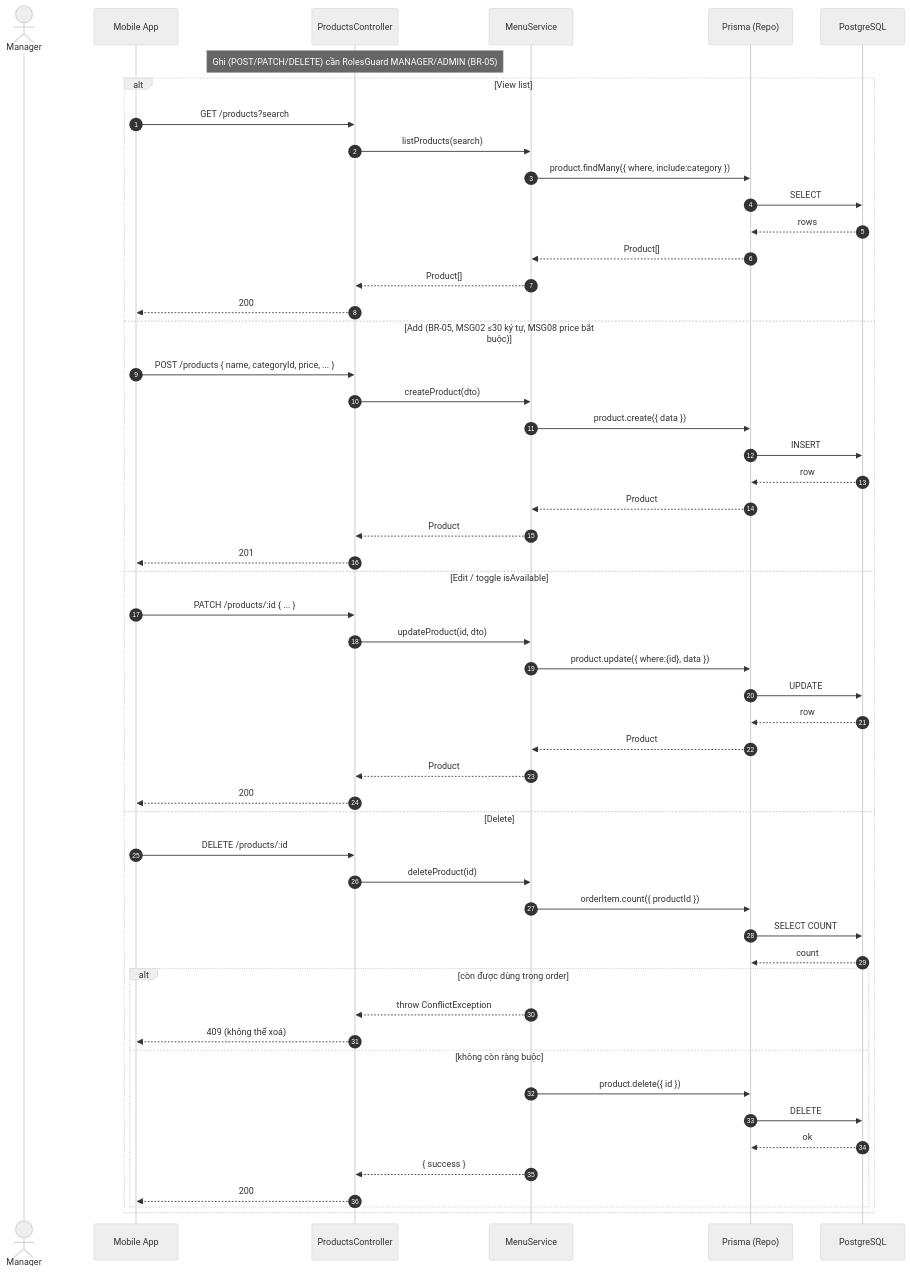
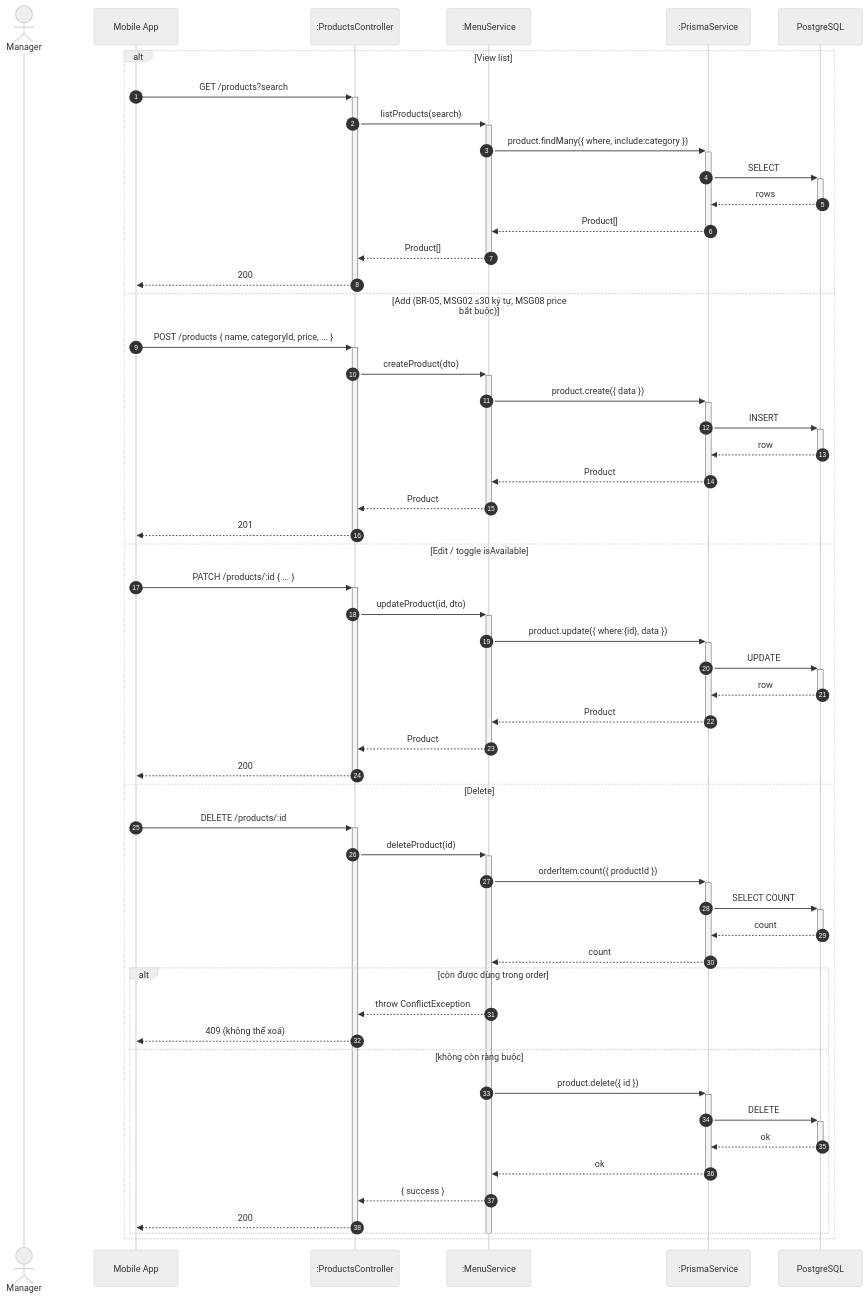
The ninth of 16 diagrams in docs/sequence-diagrams.md (callmehai/Cafe-Shop-Management-System), drawn with Mermaid (neutral theme) before and after one commit. The commit also changed other lines of this file and 1 other file, not shown here.

Commit message:
docs: add sequence and class diagrams for system architecture and use case implementation

````diff
--- a/docs/sequence-diagrams.md
+++ b/docs/sequence-diagrams.md
@@ -428,57 +438,59 @@
 ```mermaid
 sequenceDiagram
     autonumber
     actor M as Manager
     participant App as Mobile App
-    participant API as ProductsController
-    participant SVC as MenuService
-    participant ORM as Prisma (Repo)
+    participant API as :ProductsController
+    participant SVC as :MenuService
+    participant ORM as :PrismaService
     participant DB as PostgreSQL
 
-    Note over API: Ghi (POST/PATCH/DELETE) cần RolesGuard MANAGER/ADMIN (BR-05)
-
     alt View list
-        App->>API: GET /products?search
-        API->>SVC: listProducts(search)
-        SVC->>ORM: product.findMany({ where, include:category })
-        ORM->>DB: SELECT
-        DB-->>ORM: rows
-        ORM-->>SVC: Product[]
-        SVC-->>API: Product[]
-        API-->>App: 200
+        App->>+API: GET /products?search
+        API->>+SVC: listProducts(search)
+        SVC->>+ORM: product.findMany({ where, include:category })
+        ORM->>+DB: SELECT
+        DB-->>-ORM: rows
+        ORM-->>-SVC: Product[]
+        SVC-->>-API: Product[]
+        API-->>-App: 200
     else Add (BR-05, MSG02 ≤30 ký tự, MSG08 price bắt buộc)
-        App->>API: POST /products { name, categoryId, price, ... }
-        API->>SVC: createProduct(dto)
-        SVC->>ORM: product.create({ data })
-        ORM->>DB: INSERT
-        DB-->>ORM: row
-        ORM-->>SVC: Product
-        SVC-->>API: Product
-        API-->>App: 201
+        App->>+API: POST /products { name, categoryId, price, ... }
+        API->>+SVC: createProduct(dto)
+        SVC->>+ORM: product.create({ data })
+        ORM->>+DB: INSERT
+        DB-->>-ORM: row
+        ORM-->>-SVC: Product
+        SVC-->>-API: Product
+        API-->>-App: 201
     else Edit / toggle isAvailable
-        App->>API: PATCH /products/:id { ... }
-        API->>SVC: updateProduct(id, dto)
-        SVC->>ORM: product.update({ where:{id}, data })
-        ORM->>DB: UPDATE
-        DB-->>ORM: row
-        ORM-->>SVC: Product
-        SVC-->>API: Product
-        API-->>App: 200
+        App->>+API: PATCH /products/:id { ... }
+        API->>+SVC: updateProduct(id, dto)
+        SVC->>+ORM: product.update({ where:{id}, data })
+        ORM->>+DB: UPDATE
+        DB-->>-ORM: row
+        ORM-->>-SVC: Product
+        SVC-->>-API: Product
+        API-->>-App: 200
     else Delete
-        App->>API: DELETE /products/:id
-        API->>SVC: deleteProduct(id)
-        SVC->>ORM: orderItem.count({ productId })
-        ORM->>DB: SELECT COUNT
-        DB-->>ORM: count
+        App->>+API: DELETE /products/:id
+        API->>+SVC: deleteProduct(id)
+        SVC->>+ORM: orderItem.count({ productId })
+        ORM->>+DB: SELECT COUNT
+        DB-->>-ORM: count
+        ORM-->>-SVC: count
         alt còn được dùng trong order
             SVC-->>API: throw ConflictException
             API-->>App: 409 (không thể xoá)
         else không còn ràng buộc
-            SVC->>ORM: product.delete({ id })
-            ORM->>DB: DELETE
-            DB-->>ORM: ok
+            SVC->>+ORM: product.delete({ id })
+            ORM->>+DB: DELETE
+            DB-->>-ORM: ok
+            ORM-->>-SVC: ok
             SVC-->>API: { success }
             API-->>App: 200
         end
+        deactivate SVC
+        deactivate API
     end
 ```
````
